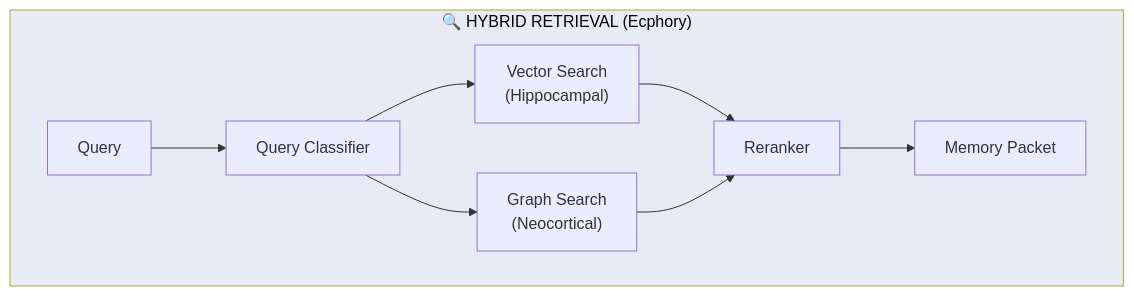
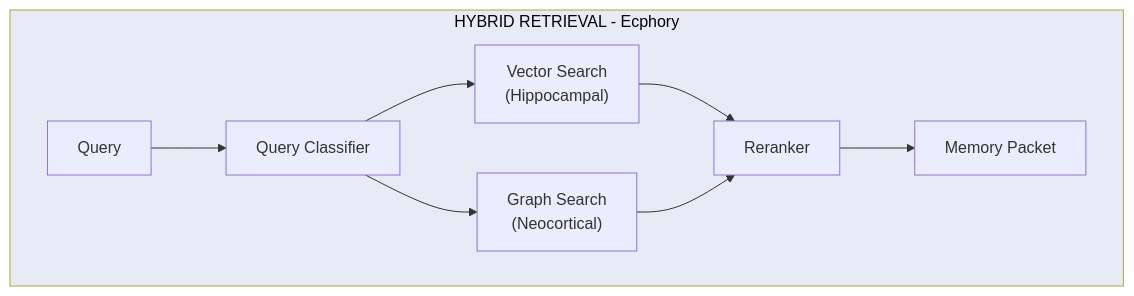
One commit to avinash-mall/CognitiveMemoryLayer changed the sixth of 9 diagrams in README.md. Above: the diagram before and after it, drawn with Mermaid. The commit also changed other lines of this file and 2 other files, not shown here.

````diff
--- a/README.md
+++ b/README.md
@@ -295,11 +291,11 @@
 ```mermaid
 flowchart TB
-    subgraph Retrieval["🔍 HYBRID RETRIEVAL (Ecphory)"]
+    subgraph Retrieval["HYBRID RETRIEVAL - Ecphory"]
         query["Query"] --> classifier["Query Classifier"]
         classifier --> vector["Vector Search<br/>(Hippocampal)"]
         classifier --> graphSearch["Graph Search<br/>(Neocortical)"]
         vector & graphSearch --> reranker["Reranker"]
         reranker --> packet["Memory Packet"]
     end
     style Retrieval fill:#e8eaf6,color:#000
 ```
````
